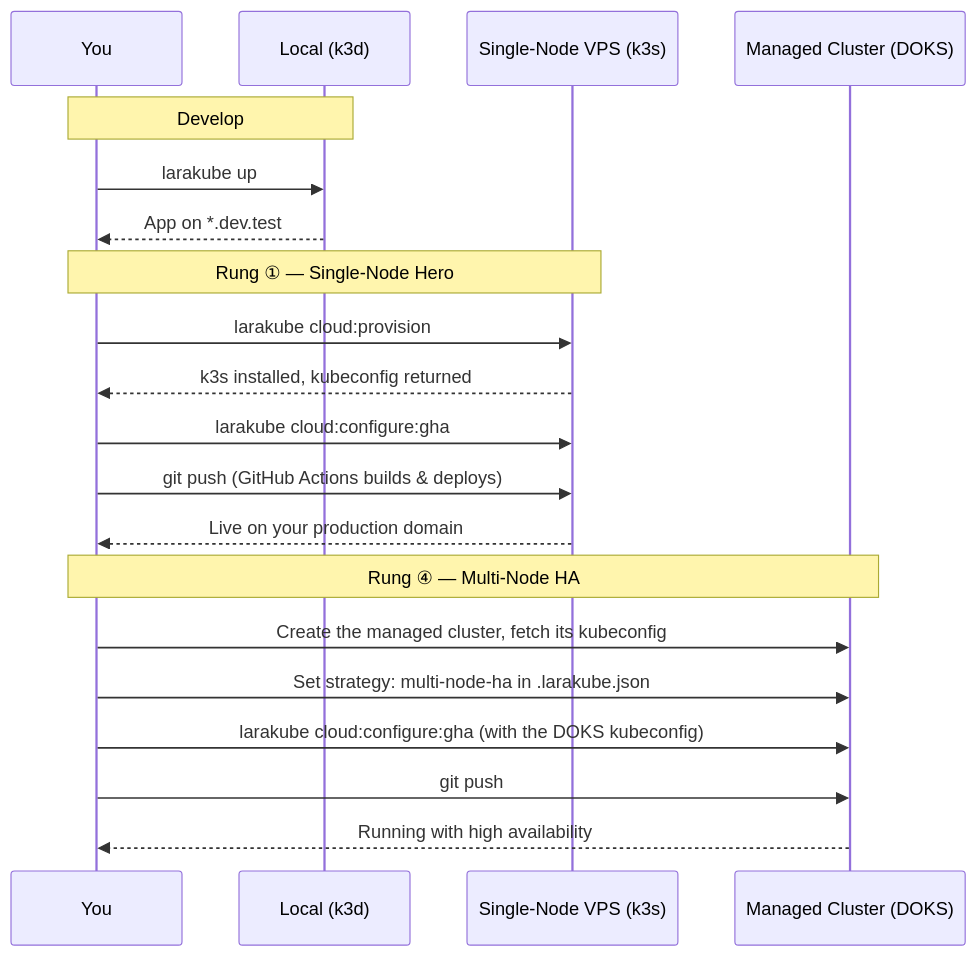
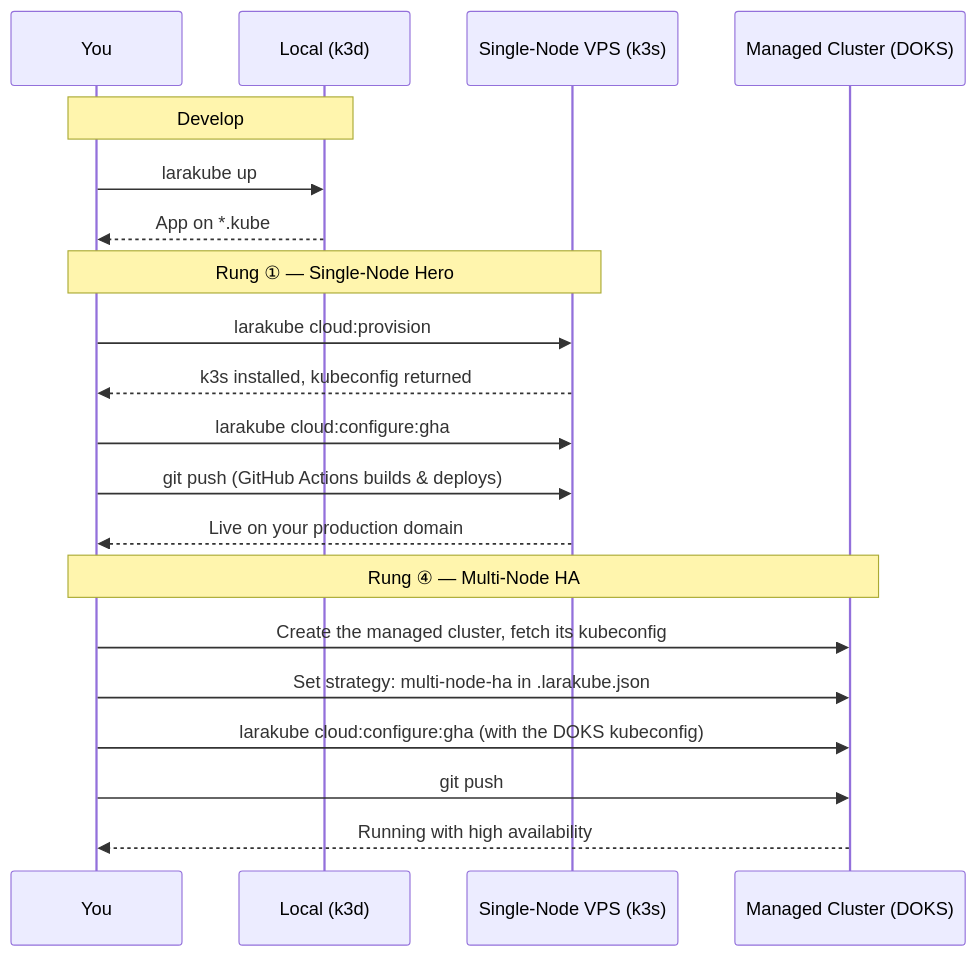
The diagram in docs/deployment/scaling-journey.md (luchavez-technologies/larakube-docs), drawn with Mermaid before and after one commit. The commit also changed 23 other files, not shown here.

First line of the commit message:
docs: migrate .dev.test → .kube TLD + document trust command suite (v0.19.0)

````diff
--- a/docs/deployment/scaling-journey.md
+++ b/docs/deployment/scaling-journey.md
@@ -136,25 +136,25 @@
 ```mermaid
 sequenceDiagram
     participant You
     participant Local as Local (k3d)
     participant VPS as Single-Node VPS (k3s)
     participant Cloud as Managed Cluster (DOKS)
 
     Note over You,Local: Develop
     You->>Local: larakube up
-    Local-->>You: App on *.dev.test
+    Local-->>You: App on *.kube
 
     Note over You,VPS: Rung ① — Single-Node Hero
     You->>VPS: larakube cloud:provision
     VPS-->>You: k3s installed, kubeconfig returned
     You->>VPS: larakube cloud:configure:gha
     You->>VPS: git push  (GitHub Actions builds & deploys)
     VPS-->>You: Live on your production domain
 
     Note over You,Cloud: Rung ④ — Multi-Node HA
     You->>Cloud: Create the managed cluster, fetch its kubeconfig
     You->>Cloud: Set strategy: multi-node-ha in .larakube.json
     You->>Cloud: larakube cloud:configure:gha  (with the DOKS kubeconfig)
     You->>Cloud: git push
     Cloud-->>You: Running with high availability
 ```
````
